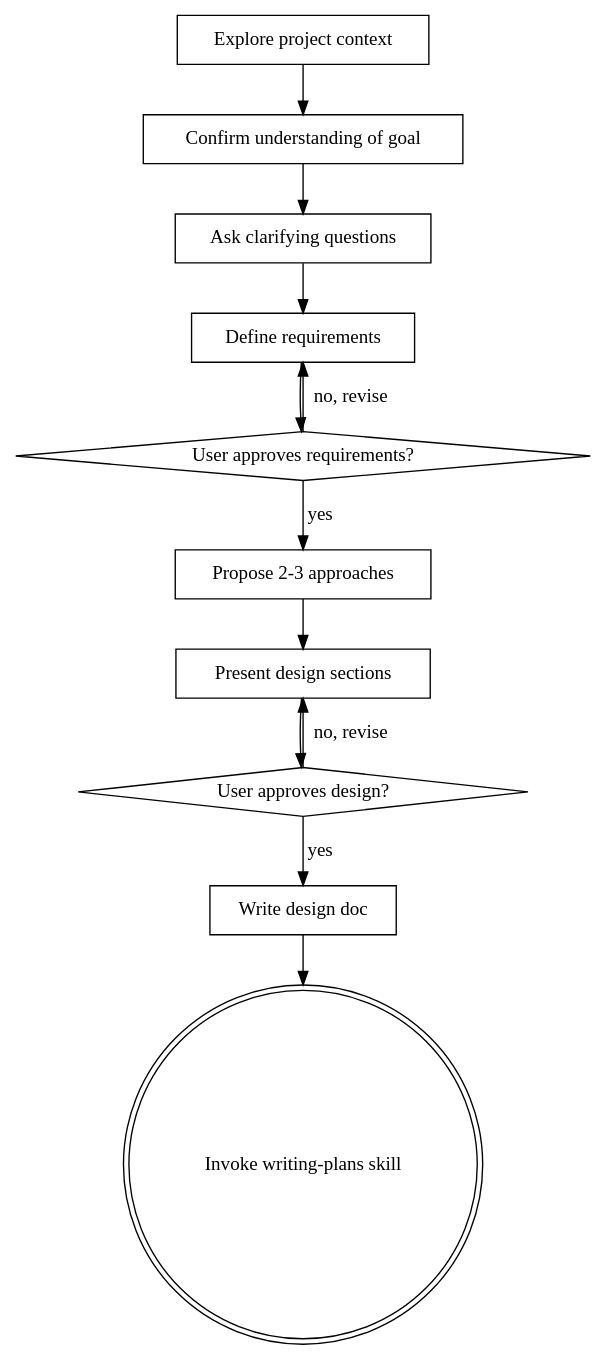
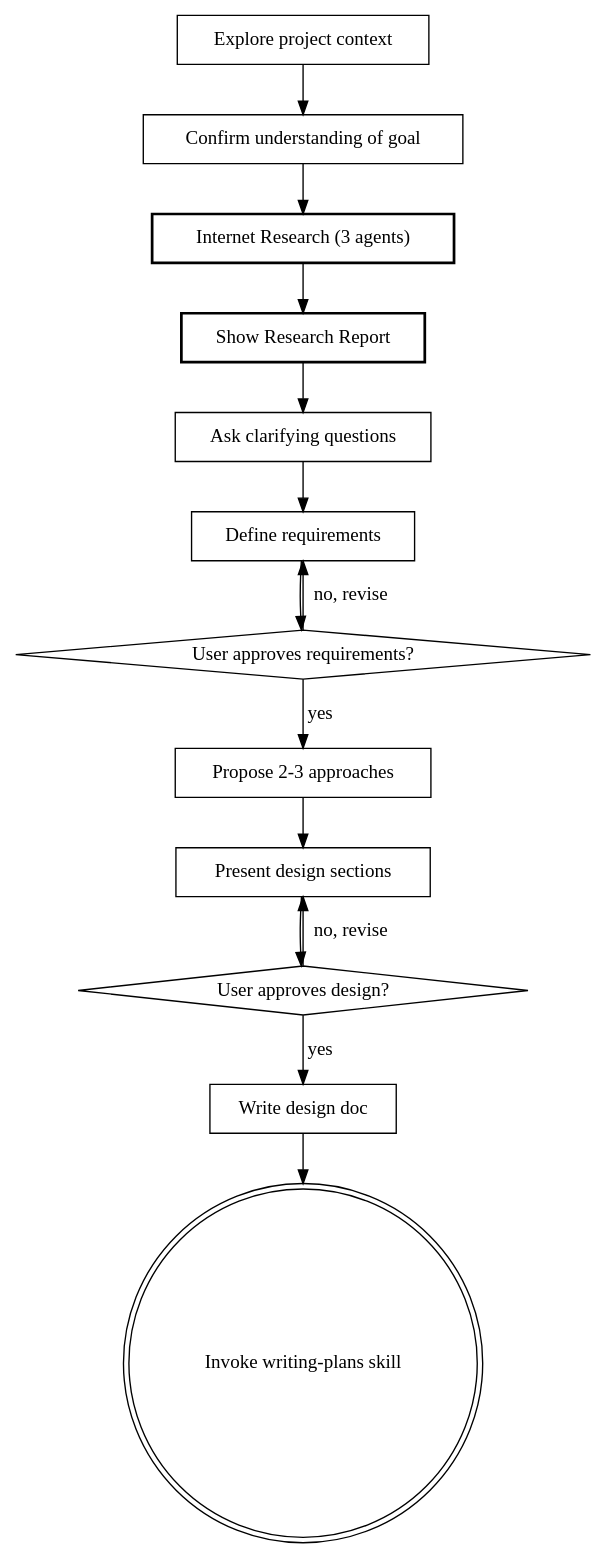
Before and after one commit to anton-ai5010/forge: the diagram in forge-plugin/skills/brainstorming/SKILL.md, drawn with Graphviz. The commit also changed other lines of this file and 2 other files, not shown here.

First line of the commit message:
feat(brainstorm): add multi-agent internet research phase

````diff
--- a/forge-plugin/skills/brainstorming/SKILL.md
+++ b/forge-plugin/skills/brainstorming/SKILL.md
@@ -97,26 +128,30 @@
 ```dot
 digraph brainstorming {
     "Explore project context" [shape=box];
     "Confirm understanding of goal" [shape=box];
+    "Internet Research (3 agents)" [shape=box, style=bold];
+    "Show Research Report" [shape=box, style=bold];
     "Ask clarifying questions" [shape=box];
     "Define requirements" [shape=box];
     "User approves requirements?" [shape=diamond];
     "Propose 2-3 approaches" [shape=box];
     "Present design sections" [shape=box];
     "User approves design?" [shape=diamond];
     "Write design doc" [shape=box];
     "Invoke writing-plans skill" [shape=doublecircle];
 
     "Explore project context" -> "Confirm understanding of goal";
-    "Confirm understanding of goal" -> "Ask clarifying questions";
+    "Confirm understanding of goal" -> "Internet Research (3 agents)";
+    "Internet Research (3 agents)" -> "Show Research Report";
+    "Show Research Report" -> "Ask clarifying questions";
     "Ask clarifying questions" -> "Define requirements";
     "Define requirements" -> "User approves requirements?";
     "User approves requirements?" -> "Define requirements" [label="no, revise"];
     "User approves requirements?" -> "Propose 2-3 approaches" [label="yes"];
     "Propose 2-3 approaches" -> "Present design sections";
     "Present design sections" -> "User approves design?";
     "User approves design?" -> "Present design sections" [label="no, revise"];
     "User approves design?" -> "Write design doc" [label="yes"];
     "Write design doc" -> "Invoke writing-plans skill";
 }
 ```
````
